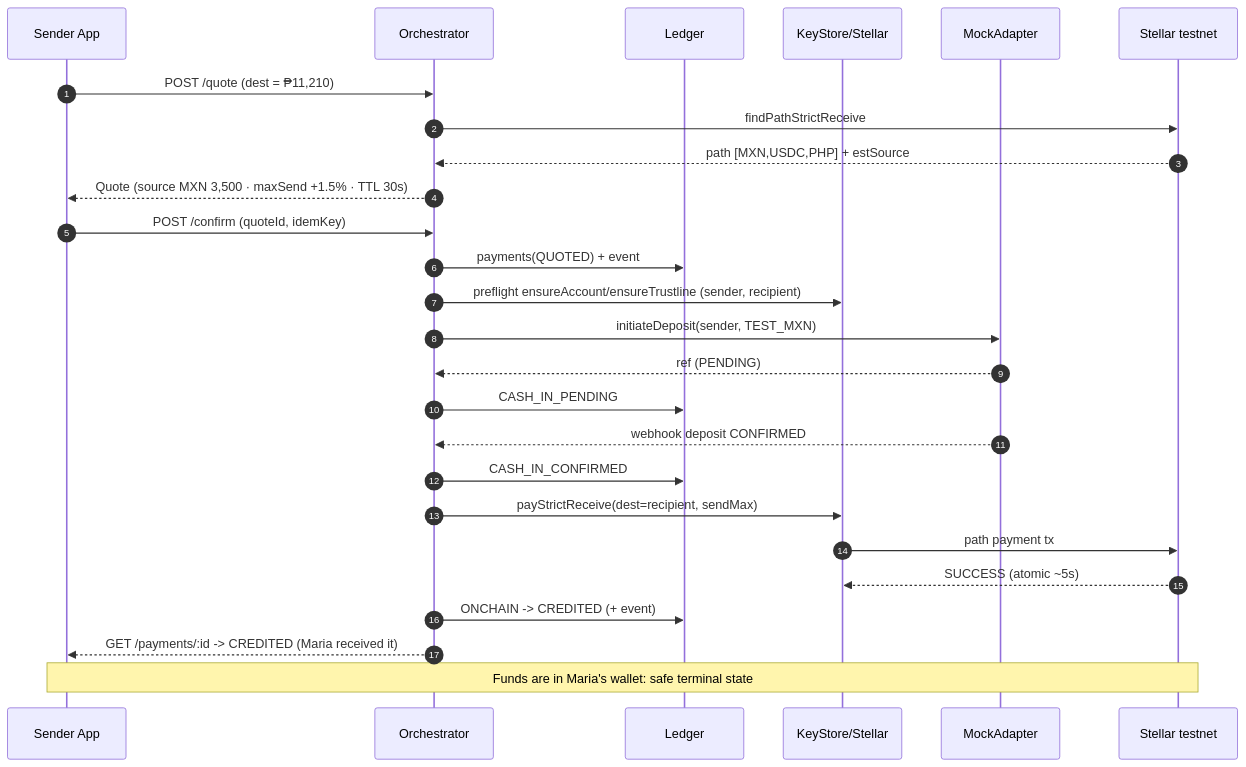
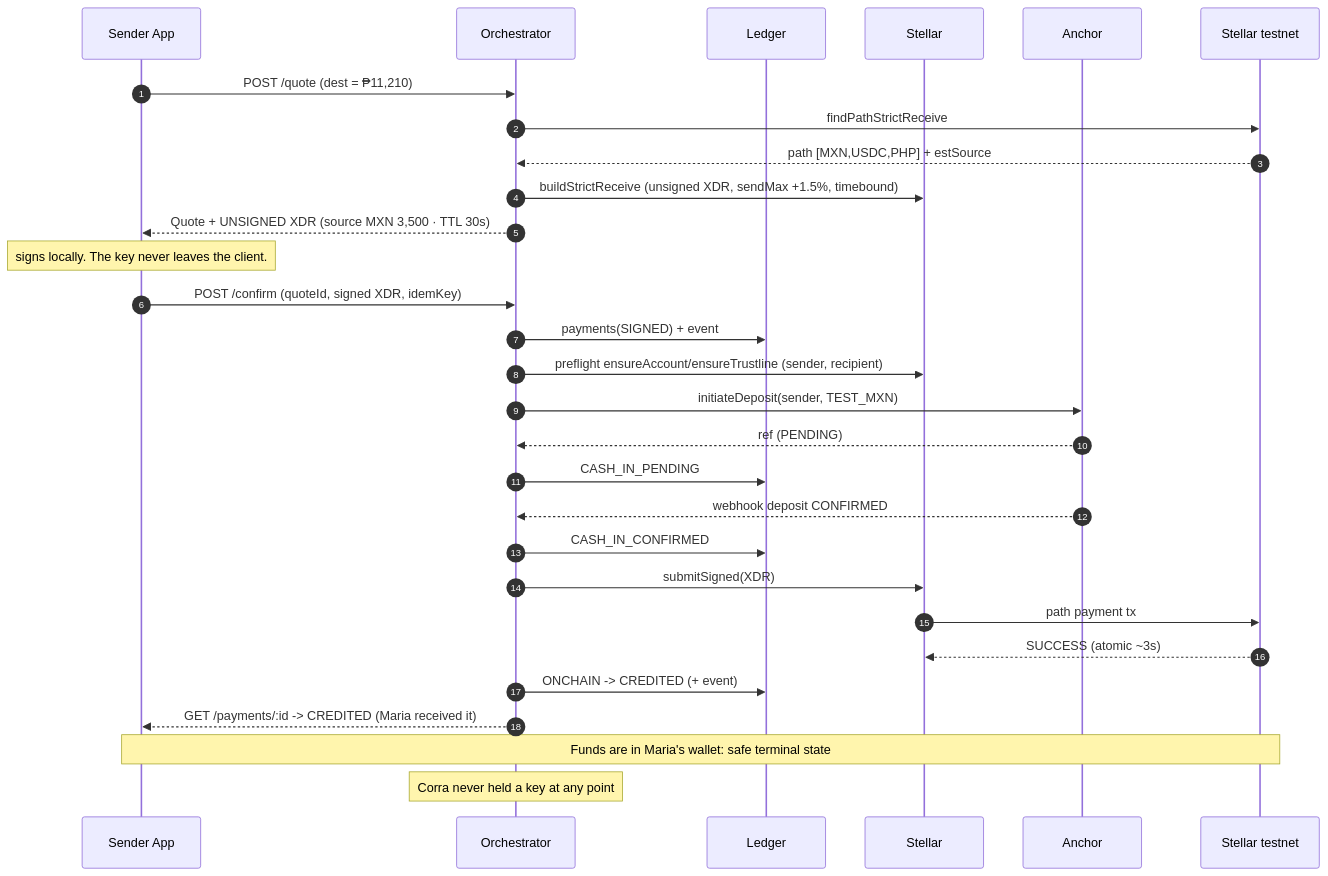
One commit to yigitcangokmen/corramoney changed the first of 5 diagrams in docs/flows.md. Above: the diagram before and after it, drawn with Mermaid. The commit also changed other lines of this file and 4 other files, not shown here.

First line of the commit message:
docs: rewrite around the non-custodial architecture

````diff
--- a/docs/flows.md
+++ b/docs/flows.md
@@ -7,29 +7,32 @@
 ```mermaid
 sequenceDiagram
     autonumber
     participant S as Sender App
     participant O as Orchestrator
     participant L as Ledger
-    participant K as KeyStore/Stellar
-    participant A as MockAdapter
+    participant K as Stellar
+    participant A as Anchor
     participant X as Stellar testnet
 
     S->>O: POST /quote (dest = ₱11,210)
     O->>X: findPathStrictReceive
     X-->>O: path [MXN,USDC,PHP] + estSource
-    O-->>S: Quote (source MXN 3,500 · maxSend +1.5% · TTL 30s)
-    S->>O: POST /confirm (quoteId, idemKey)
-    O->>L: payments(QUOTED) + event
+    O->>K: buildStrictReceive (unsigned XDR, sendMax +1.5%, timebound)
+    O-->>S: Quote + UNSIGNED XDR (source MXN 3,500 · TTL 30s)
+    Note over S: signs locally. The key never leaves the client.
+    S->>O: POST /confirm (quoteId, signed XDR, idemKey)
+    O->>L: payments(SIGNED) + event
     O->>K: preflight ensureAccount/ensureTrustline (sender, recipient)
     O->>A: initiateDeposit(sender, TEST_MXN)
     A-->>O: ref (PENDING)
     O->>L: CASH_IN_PENDING
     A-->>O: webhook deposit CONFIRMED
     O->>L: CASH_IN_CONFIRMED
-    O->>K: payStrictReceive(dest=recipient, sendMax)
+    O->>K: submitSigned(XDR)
     K->>X: path payment tx
-    X-->>K: SUCCESS (atomic ~5s)
+    X-->>K: SUCCESS (atomic ~3s)
     O->>L: ONCHAIN -> CREDITED (+ event)
     O-->>S: GET /payments/:id -> CREDITED (Maria received it)
     Note over S,X: Funds are in Maria's wallet: safe terminal state
+    Note over O: Corra never held a key at any point
 ```
````
